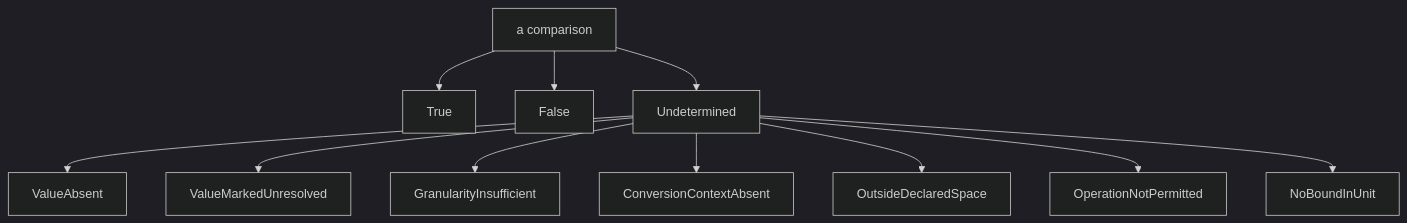
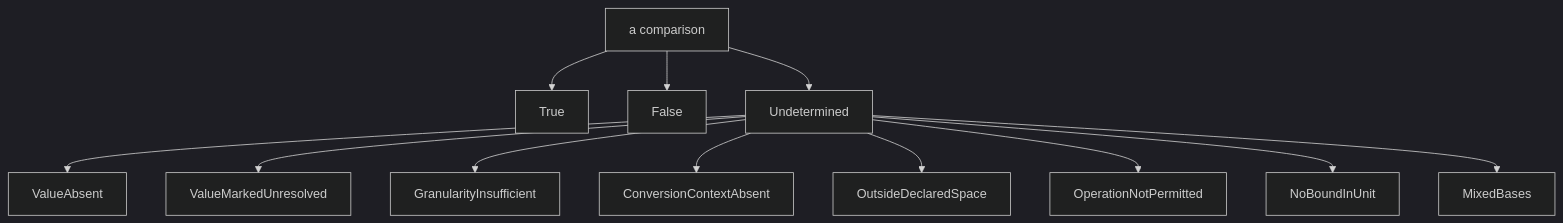
Diagram 17 of 26 in ontology/quantification/README.md (nebularis/lattice), drawn with Mermaid (dark theme) before and after one commit. The commit also changed other lines of this file and 8 other files, not shown here.

````diff
--- a/ontology/quantification/README.md
+++ b/ontology/quantification/README.md
@@ -553,14 +606,15 @@
 ```mermaid
 flowchart TB
     CMP["a comparison"]
     CMP --> T["True"]
     CMP --> F["False"]
     CMP --> U["Undetermined"]
     U --> R1["ValueAbsent"]
     U --> R2["ValueMarkedUnresolved"]
     U --> R3["GranularityInsufficient"]
     U --> R4["ConversionContextAbsent"]
     U --> R5["OutsideDeclaredSpace"]
     U --> R6["OperationNotPermitted"]
     U --> R7["NoBoundInUnit"]
+    U --> R8["MixedBases"]
 ```
````
